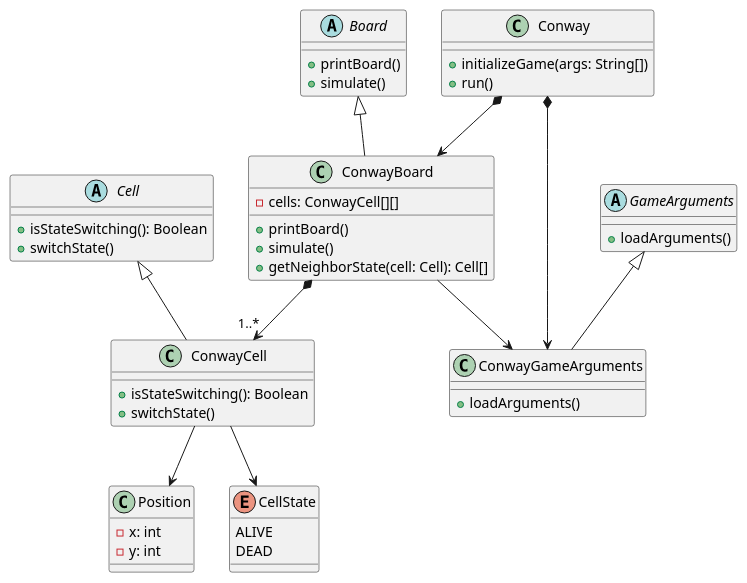
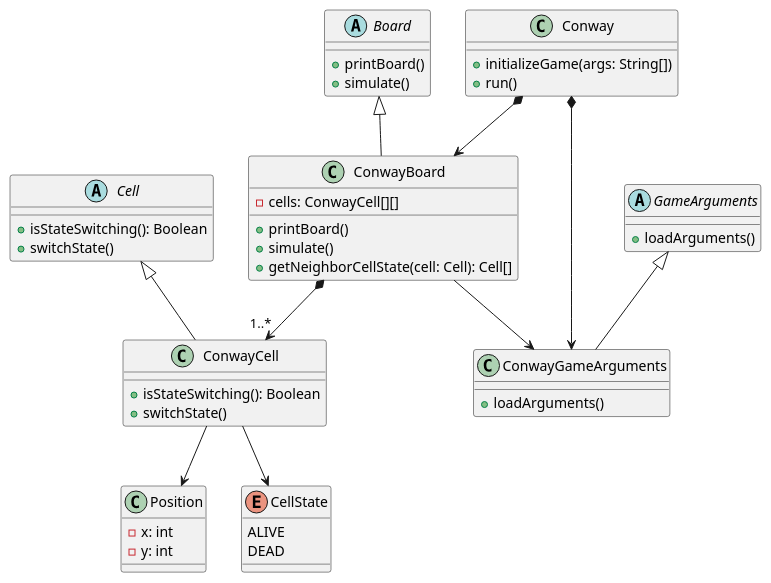
Before and after one commit to Sileye54/Conway-Game-of-Life: the diagram in _models/class_diagram.puml, drawn with PlantUML. The commit also changed 2 other files, not shown here.

```diff
--- a/_models/class_diagram.puml
+++ b/_models/class_diagram.puml
@@ -1,58 +1,58 @@
 @startuml
 
 class Conway {
   + initializeGame(args: String[])
   + run()
 }
 
 abstract Cell {
   + isStateSwitching(): Boolean
   + switchState()
 }
 
 abstract Board {
   + printBoard()
   + simulate()
 }
 
 abstract GameArguments{
 	+ loadArguments()
 }
 Class Position {
   - x: int
   - y: int
 }
 
 enum CellState {
   ALIVE
   DEAD
 }
 
 class ConwayCell {
   + isStateSwitching(): Boolean
   + switchState()
 }
 
 class ConwayBoard {
   - cells: ConwayCell[][]
   + printBoard()
   + simulate()
-  + getNeighborState(cell: Cell): Cell[]
+  + getNeighborCellState(cell: Cell): Cell[]
 }
 
 
 class ConwayGameArguments{
 	+ loadArguments()
 }
 
 Conway *--> ConwayBoard
 Conway *--> ConwayGameArguments
 Cell <|-- ConwayCell
 Board <|-- ConwayBoard
 GameArguments <|-- ConwayGameArguments
 ConwayBoard --> ConwayGameArguments
 ConwayBoard *--> "1..*" ConwayCell
 ConwayCell --> Position
 ConwayCell --> CellState
 
 @enduml
```
